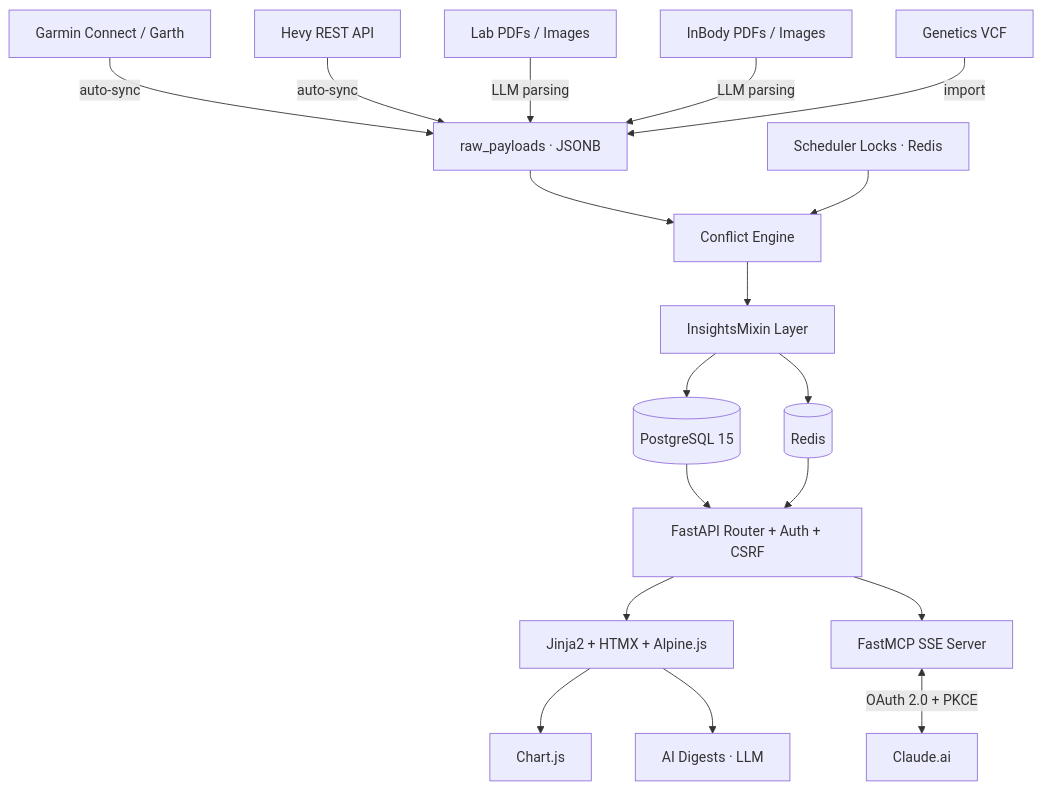
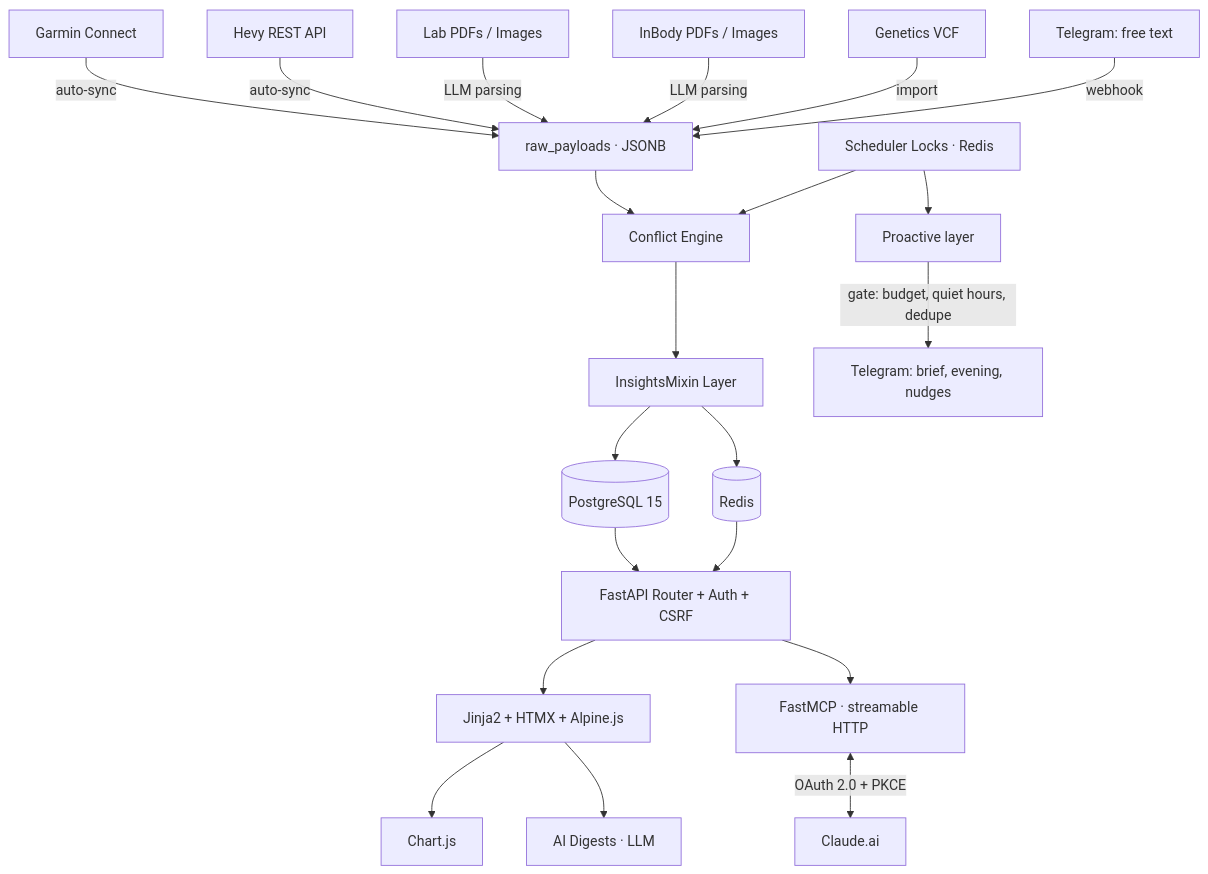
One commit to LeMillion1/vitals changed the second of 2 diagrams in README.md. Above: the diagram before and after it, drawn with Mermaid. The commit also changed other lines of this file and 4 other files, not shown here.

````diff
--- a/README.md
+++ b/README.md
@@ -1054,24 +1125,27 @@
 ```mermaid
 graph TD
-    Garmin[Garmin Connect / Garth] -->|auto-sync| Raw[raw_payloads · JSONB]
+    Garmin[Garmin Connect] -->|auto-sync| Raw[raw_payloads · JSONB]
     Hevy[Hevy REST API] -->|auto-sync| Raw
     Labs[Lab PDFs / Images] -->|LLM parsing| Raw
     BIA[InBody PDFs / Images] -->|LLM parsing| Raw
     VCF[Genetics VCF] -->|import| Raw
+    TGin[Telegram: free text] -->|webhook| Raw
 
     Raw --> CE[Conflict Engine]
     CE --> IL[InsightsMixin Layer]
     Scheduler[Scheduler Locks · Redis] --> CE
 
     IL --> DB[(PostgreSQL 15)]
     IL --> Cache[(Redis)]
 
     DB & Cache --> FastAPI[FastAPI Router + Auth + CSRF]
 
     FastAPI --> UI[Jinja2 + HTMX + Alpine.js]
-    FastAPI --> MCP[FastMCP SSE Server]
+    FastAPI --> MCP[FastMCP · streamable HTTP]
+    Scheduler --> PL[Proactive layer]
+    PL -->|gate: budget, quiet hours, dedupe| TGout[Telegram: brief, evening, nudges]
 
     UI --> Charts[Chart.js]
     UI --> AI[AI Digests · LLM]
     MCP <-->|OAuth 2.0 + PKCE| Claude[Claude.ai]
 ```
````
